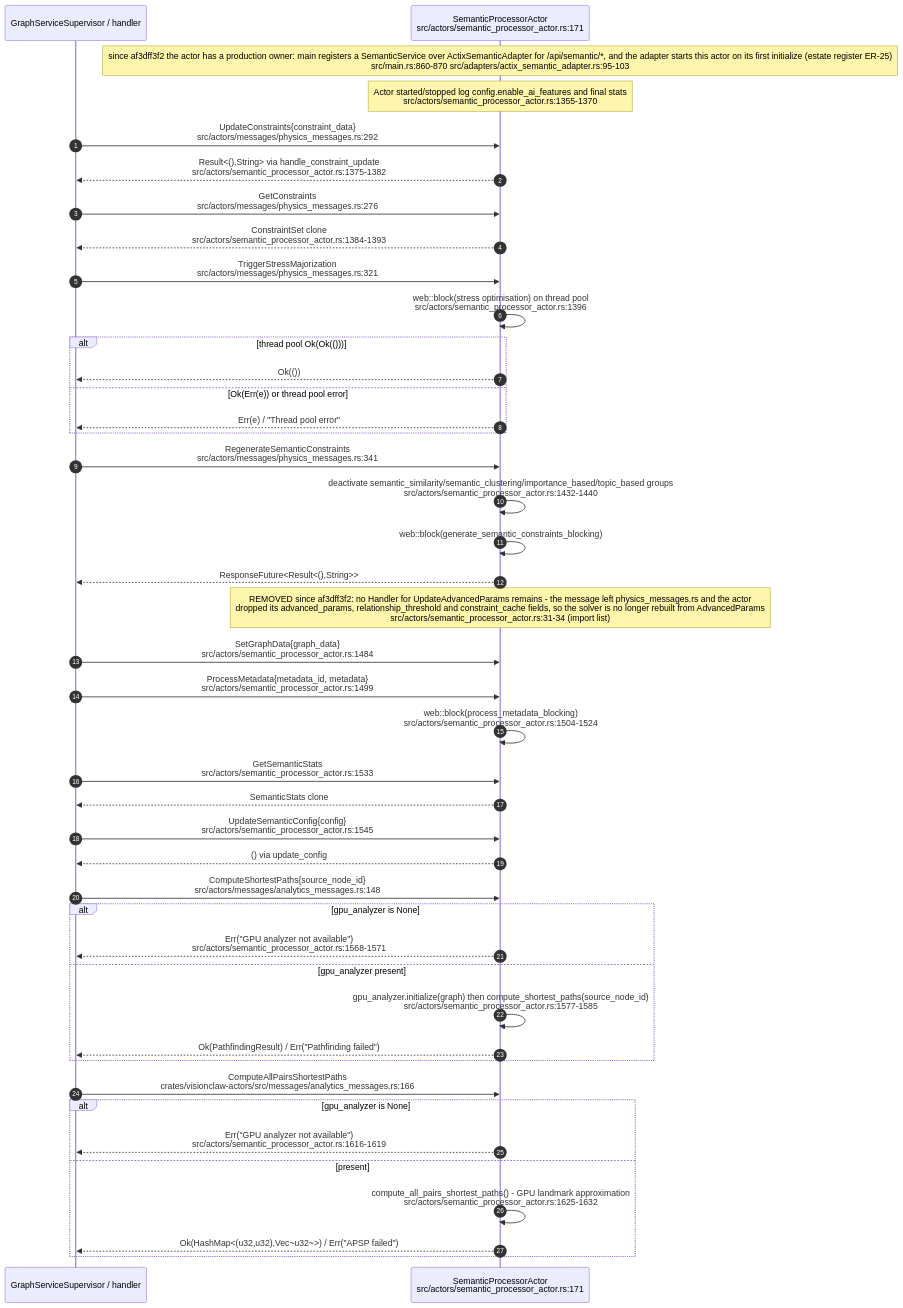
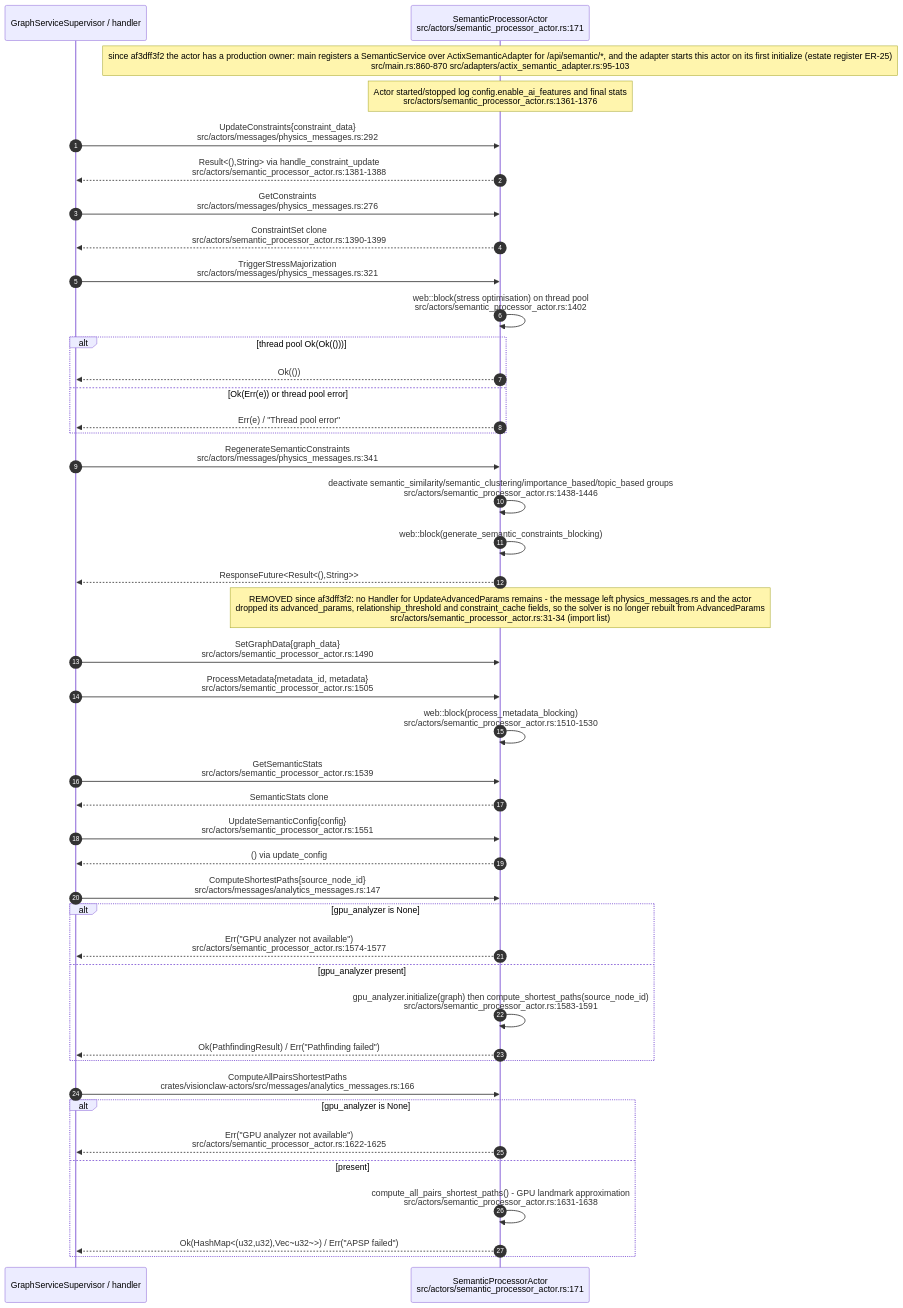
One commit to DreamLab-AI/VisionFlow changed the seventh of 12 diagrams in docs/diagrams/visionclaw/25-insight-kpi-nlq-semantics.md. Above: the diagram before and after it, drawn with Mermaid. The commit also changed other lines of this file and 46 other files, not shown here.

Commit message:
docs(diagrams): re-verify VisionClaw topics at 809a859aa/a950f4d80 after the consolidation pass

````diff
--- a/docs/diagrams/visionclaw/25-insight-kpi-nlq-semantics.md
+++ b/docs/diagrams/visionclaw/25-insight-kpi-nlq-semantics.md
@@ -308,56 +312,56 @@
 ```mermaid
 sequenceDiagram
     autonumber
     participant Caller as GraphServiceSupervisor / handler
     participant A as SemanticProcessorActor<br/>src/actors/semantic_processor_actor.rs:171
 
     Note over A: since af3dff3f2 the actor has a production owner: main registers a SemanticService over ActixSemanticAdapter for /api/semantic/*, and the adapter starts this actor on its first initialize (estate register ER-25)<br/>src/main.rs:860-870 src/adapters/actix_semantic_adapter.rs:95-103
-    Note over A: Actor started/stopped log config.enable_ai_features and final stats<br/>src/actors/semantic_processor_actor.rs:1355-1370
+    Note over A: Actor started/stopped log config.enable_ai_features and final stats<br/>src/actors/semantic_processor_actor.rs:1361-1376
 
     Caller->>A: UpdateConstraints{constraint_data}<br/>src/actors/messages/physics_messages.rs:292
-    A-->>Caller: Result<(),String> via handle_constraint_update<br/>src/actors/semantic_processor_actor.rs:1375-1382
+    A-->>Caller: Result<(),String> via handle_constraint_update<br/>src/actors/semantic_processor_actor.rs:1381-1388
 
     Caller->>A: GetConstraints<br/>src/actors/messages/physics_messages.rs:276
-    A-->>Caller: ConstraintSet clone<br/>src/actors/semantic_processor_actor.rs:1384-1393
+    A-->>Caller: ConstraintSet clone<br/>src/actors/semantic_processor_actor.rs:1390-1399
 
     Caller->>A: TriggerStressMajorization<br/>src/actors/messages/physics_messages.rs:321
-    A->>A: web::block(stress optimisation) on thread pool<br/>src/actors/semantic_processor_actor.rs:1396
+    A->>A: web::block(stress optimisation) on thread pool<br/>src/actors/semantic_processor_actor.rs:1402
     alt thread pool Ok(Ok(()))
         A-->>Caller: Ok(())
     else Ok(Err(e)) or thread pool error
         A-->>Caller: Err(e) / "Thread pool error"
     end
 
     Caller->>A: RegenerateSemanticConstraints<br/>src/actors/messages/physics_messages.rs:341
-    A->>A: deactivate semantic_similarity/semantic_clustering/importance_based/topic_based groups<br/>src/actors/semantic_processor_actor.rs:1432-1440
+    A->>A: deactivate semantic_similarity/semantic_clustering/importance_based/topic_based groups<br/>src/actors/semantic_processor_actor.rs:1438-1446
     A->>A: web::block(generate_semantic_constraints_blocking)
     A-->>Caller: ResponseFuture<Result<(),String>>
 
     Note over A: REMOVED since af3dff3f2: no Handler for UpdateAdvancedParams remains - the message left physics_messages.rs and the actor<br/>dropped its advanced_params, relationship_threshold and constraint_cache fields, so the solver is no longer rebuilt from AdvancedParams<br/>src/actors/semantic_processor_actor.rs:31-34 (import list)
 
-    Caller->>A: SetGraphData{graph_data}<br/>src/actors/semantic_processor_actor.rs:1484
-    Caller->>A: ProcessMetadata{metadata_id, metadata}<br/>src/actors/semantic_processor_actor.rs:1499
-    A->>A: web::block(process_metadata_blocking)<br/>src/actors/semantic_processor_actor.rs:1504-1524
+    Caller->>A: SetGraphData{graph_data}<br/>src/actors/semantic_processor_actor.rs:1490
+    Caller->>A: ProcessMetadata{metadata_id, metadata}<br/>src/actors/semantic_processor_actor.rs:1505
+    A->>A: web::block(process_metadata_blocking)<br/>src/actors/semantic_processor_actor.rs:1510-1530
 
-    Caller->>A: GetSemanticStats<br/>src/actors/semantic_processor_actor.rs:1533
+    Caller->>A: GetSemanticStats<br/>src/actors/semantic_processor_actor.rs:1539
     A-->>Caller: SemanticStats clone
 
-    Caller->>A: UpdateSemanticConfig{config}<br/>src/actors/semantic_processor_actor.rs:1545
+    Caller->>A: UpdateSemanticConfig{config}<br/>src/actors/semantic_processor_actor.rs:1551
     A-->>Caller: () via update_config
 
-    Caller->>A: ComputeShortestPaths{source_node_id}<br/>src/actors/messages/analytics_messages.rs:148
+    Caller->>A: ComputeShortestPaths{source_node_id}<br/>src/actors/messages/analytics_messages.rs:147
     alt gpu_analyzer is None
-        A-->>Caller: Err("GPU analyzer not available")<br/>src/actors/semantic_processor_actor.rs:1568-1571
+        A-->>Caller: Err("GPU analyzer not available")<br/>src/actors/semantic_processor_actor.rs:1574-1577
     else gpu_analyzer present
-        A->>A: gpu_analyzer.initialize(graph) then compute_shortest_paths(source_node_id)<br/>src/actors/semantic_processor_actor.rs:1577-1585
+        A->>A: gpu_analyzer.initialize(graph) then compute_shortest_paths(source_node_id)<br/>src/actors/semantic_processor_actor.rs:1583-1591
         A-->>Caller: Ok(PathfindingResult) / Err("Pathfinding failed")
     end
 
     Caller->>A: ComputeAllPairsShortestPaths<br/>crates/visionclaw-actors/src/messages/analytics_messages.rs:166
     alt gpu_analyzer is None
-        A-->>Caller: Err("GPU analyzer not available")<br/>src/actors/semantic_processor_actor.rs:1616-1619
+        A-->>Caller: Err("GPU analyzer not available")<br/>src/actors/semantic_processor_actor.rs:1622-1625
     else present
-        A->>A: compute_all_pairs_shortest_paths() - GPU landmark approximation<br/>src/actors/semantic_processor_actor.rs:1625-1632
+        A->>A: compute_all_pairs_shortest_paths() - GPU landmark approximation<br/>src/actors/semantic_processor_actor.rs:1631-1638
         A-->>Caller: Ok(HashMap<(u32,u32),Vec~u32~>) / Err("APSP failed")
     end
 ```
````
